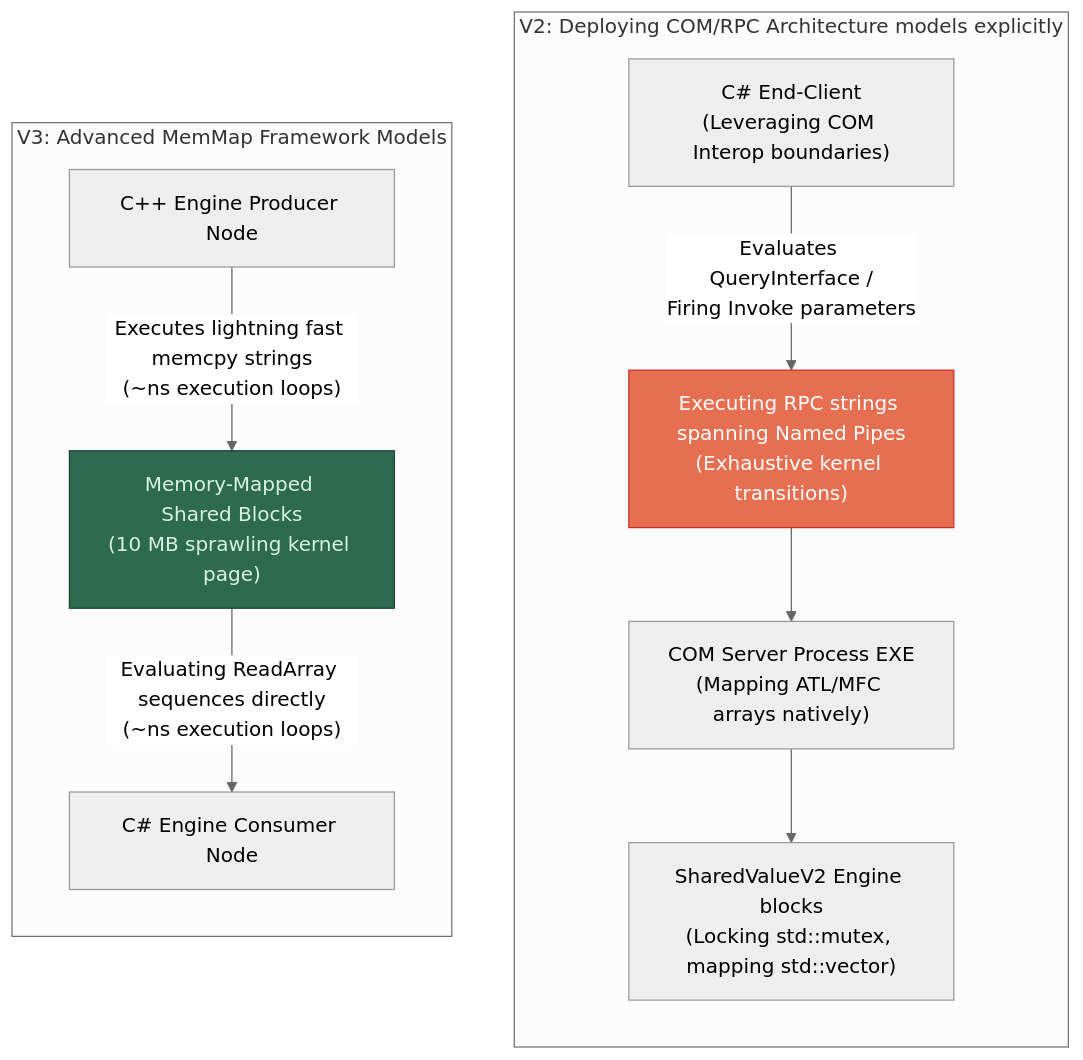
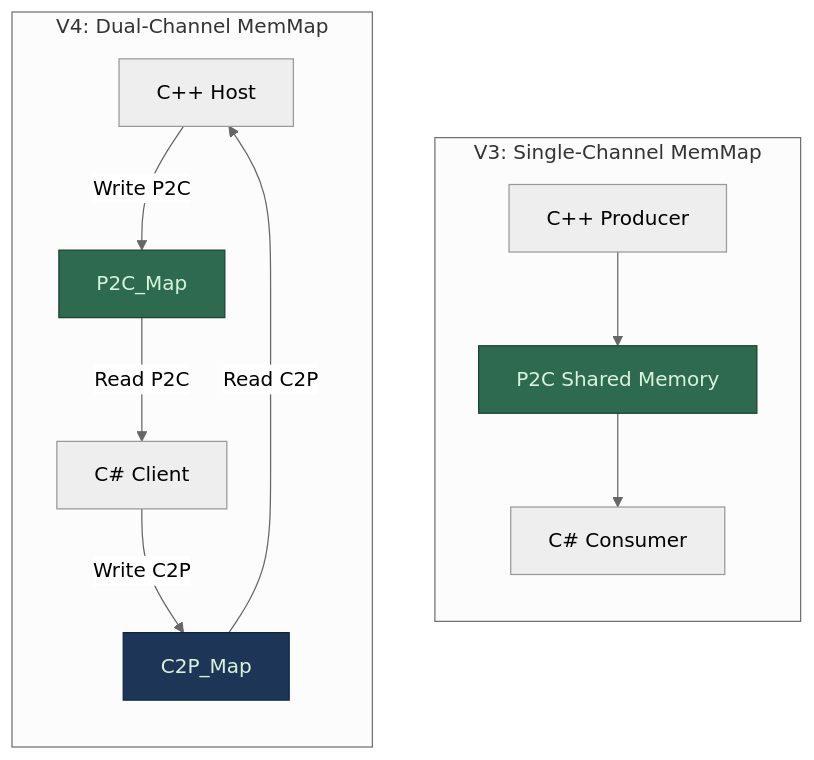
Diagram 23 of 23 in SharedValueV4/ARCHITECTURE.md (snodeplannen/sharedvar), drawn with Mermaid (neutral theme) before and after one commit. The commit also changed other lines of this file and 3 other files, not shown here.

First line of the commit message:
Fix Mermaid diagrams and differentiate V4 architecture docs

````diff
--- a/SharedValueV4/ARCHITECTURE.md
+++ b/SharedValueV4/ARCHITECTURE.md
@@ -721,27 +725,29 @@
 ```mermaid
 flowchart TB
-    subgraph "V2: Deploying COM/RPC Architecture models explicitly"
+    subgraph "V3: Single-Channel MemMap"
         direction TB
-        CLIENT_V2["C# End-Client<br/>(Leveraging COM Interop boundaries)"]
-        RPC_V2["Executing RPC strings spanning Named Pipes<br/>(Exhaustive kernel transitions)"]
-        SERVER_V2["COM Server Process EXE<br/>(Mapping ATL/MFC arrays natively)"]
-        ENGINE_V2["SharedValueV2 Engine blocks<br/>(Locking std::mutex, mapping std::vector)"]
+        PRODUCER_V3["C++ Producer"]
+        SHARED_V3["P2C Shared Memory"]
+        CONSUMER_V3["C# Consumer"]
 
-        CLIENT_V2 -->|"Evaluates QueryInterface /<br/>Firing Invoke parameters"| RPC_V2
-        RPC_V2 --> SERVER_V2
-        SERVER_V2 --> ENGINE_V2
+        PRODUCER_V3 --> SHARED_V3
+        SHARED_V3 --> CONSUMER_V3
     end
 
-    subgraph "V3: Advanced MemMap Framework Models"
+    subgraph "V4: Dual-Channel MemMap"
         direction TB
-        PRODUCER_V3["C++ Engine Producer Node"]
-        SHARED_V3["Memory-Mapped Shared Blocks<br/>(10 MB sprawling kernel page)"]
-        CONSUMER_V3["C# Engine Consumer Node"]
+        HOST_V4["C++ Host"]
+        P2C_V4["P2C_Map"]
+        CLIENT_V4["C# Client"]
+        C2P_V4["C2P_Map"]
 
-        PRODUCER_V3 -->|"Executes lightning fast memcpy strings<br/>(~ns execution loops)"| SHARED_V3
-        SHARED_V3 -->|"Evaluating ReadArray sequences directly<br/>(~ns execution loops)"| CONSUMER_V3
+        HOST_V4 -->|"Write P2C"| P2C_V4
+        P2C_V4 -->|"Read P2C"| CLIENT_V4
+        CLIENT_V4 -->|"Write C2P"| C2P_V4
+        C2P_V4 -->|"Read C2P"| HOST_V4
     end
 
-    style RPC_V2 fill:#e76f51,stroke:#c9302c,color:#fff
     style SHARED_V3 fill:#2d6a4f,stroke:#1b4332,color:#d8f3dc
+    style P2C_V4 fill:#2d6a4f,stroke:#1b4332,color:#d8f3dc
+    style C2P_V4 fill:#1d3557,stroke:#0b2545,color:#d8f3dc
 ```
````
